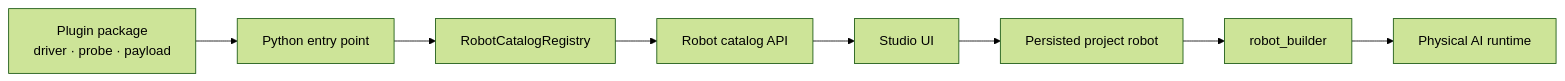
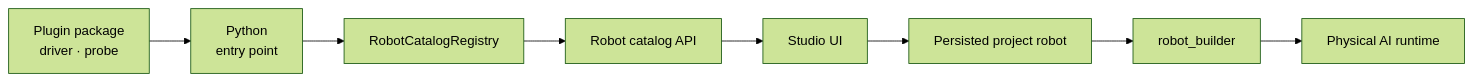
The first of 4 diagrams in application/docs/explanation/robot-plugin-architecture.md (MarkRedeman/physical-ai-studio), drawn with Mermaid (forest theme) before and after one commit. The commit also changed other lines of this file and 1 other file, not shown here.

````diff
--- a/application/docs/explanation/robot-plugin-architecture.md
+++ b/application/docs/explanation/robot-plugin-architecture.md
@@ -27,10 +27,10 @@
 ```mermaid
 flowchart LR
-  plugin["Plugin package<br/>driver · probe · payload"] --> entry["Python entry point"]
+  plugin["Plugin package<br/>driver · probe"] --> entry["Python<br/>entry point"]
   entry --> registry["RobotCatalogRegistry"]
   registry --> catalog["Robot catalog API"]
   catalog --> ui["Studio UI"]
   ui --> project["Persisted project robot"]
   project --> builder["robot_builder"]
   builder --> runtime["Physical AI runtime"]
 ```
````
